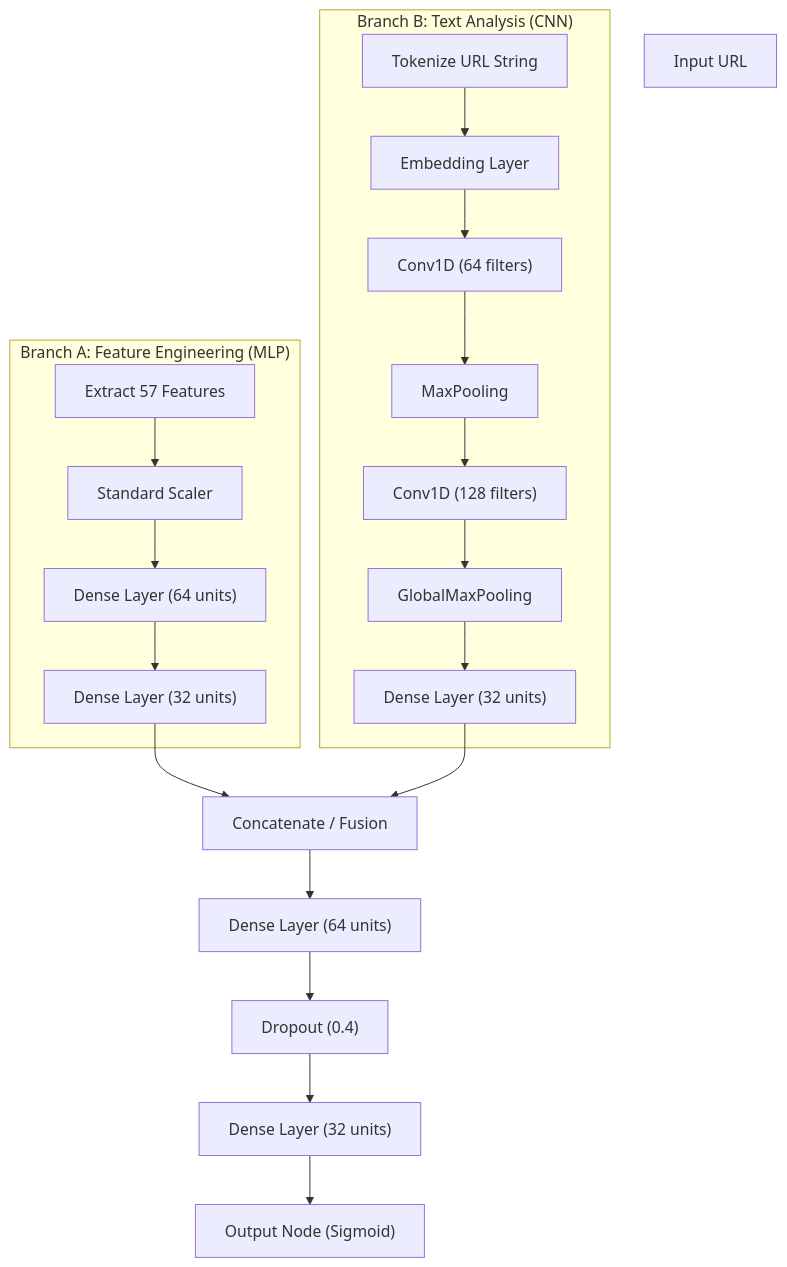
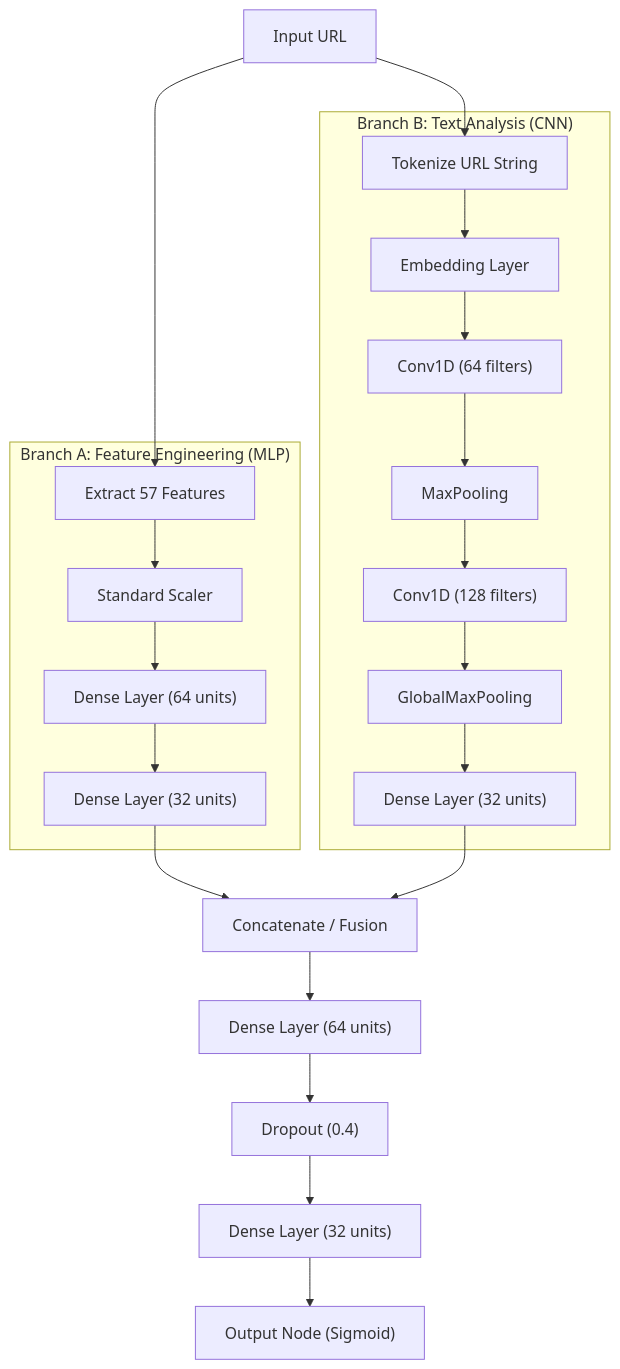
One commit to akiramtf/cyberv2 changed the diagram in README.md. Above: the diagram before and after it, drawn with Mermaid.

````diff
--- a/README.md
+++ b/README.md
@@ -25,27 +25,28 @@
 ```mermaid
 graph TD
-    URL["Input URL"]
+    URL["Input URL"] --> FE
+    URL --> Tok
 
     subgraph "Branch A: Feature Engineering (MLP)"
     FE["Extract 57 Features"] --> Scale["Standard Scaler"]
     Scale --> D1["Dense Layer (64 units)"]
     D1 --> D2["Dense Layer (32 units)"]
     end
 
     subgraph "Branch B: Text Analysis (CNN)"
     Tok["Tokenize URL String"] --> Emb["Embedding Layer"]
     Emb --> CNN1["Conv1D (64 filters)"]
     CNN1 --> Pool["MaxPooling"]
     Pool --> CNN2["Conv1D (128 filters)"]
     CNN2 --> GlobalPool["GlobalMaxPooling"]
     GlobalPool --> D3["Dense Layer (32 units)"]
     end
 
     D2 --> Concat["Concatenate / Fusion"]
     D3 --> Concat
 
     Concat --> Final1["Dense Layer (64 units)"]
     Final1 --> Dropout["Dropout (0.4)"]
     Dropout --> Final2["Dense Layer (32 units)"]
     Final2 --> Out["Output Node (Sigmoid)"]
 ```
````
